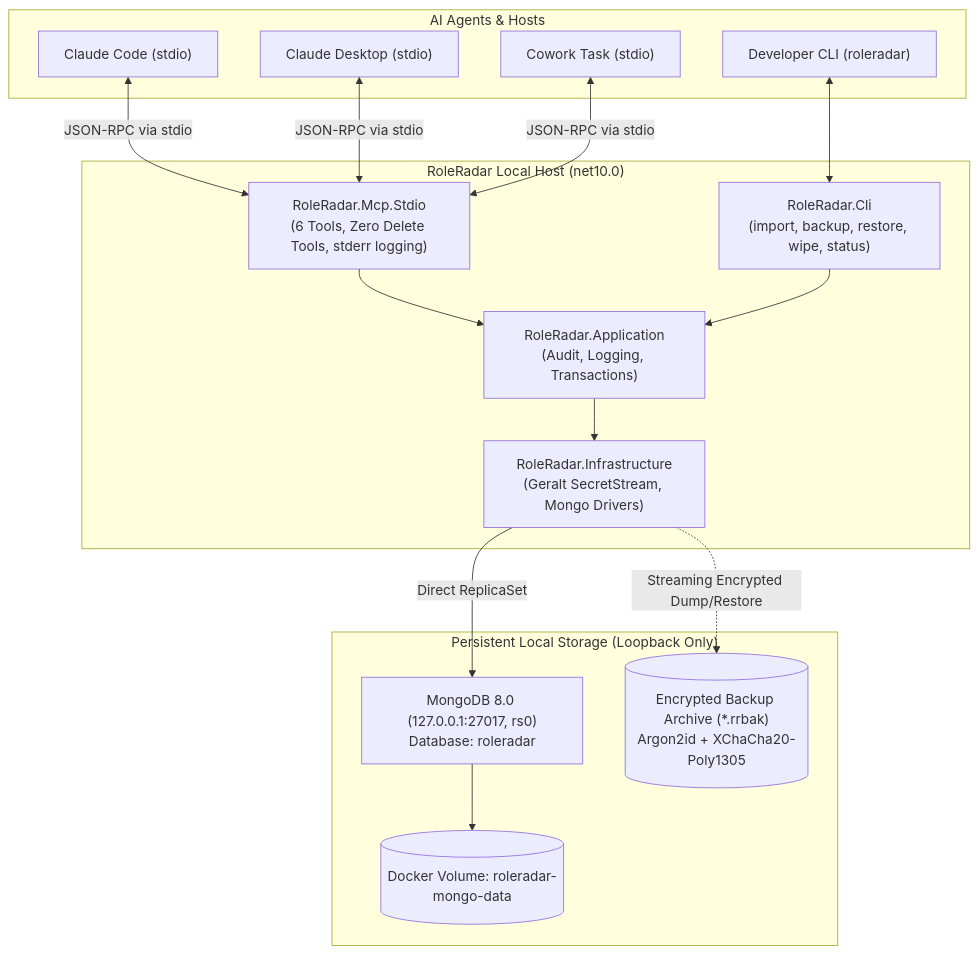
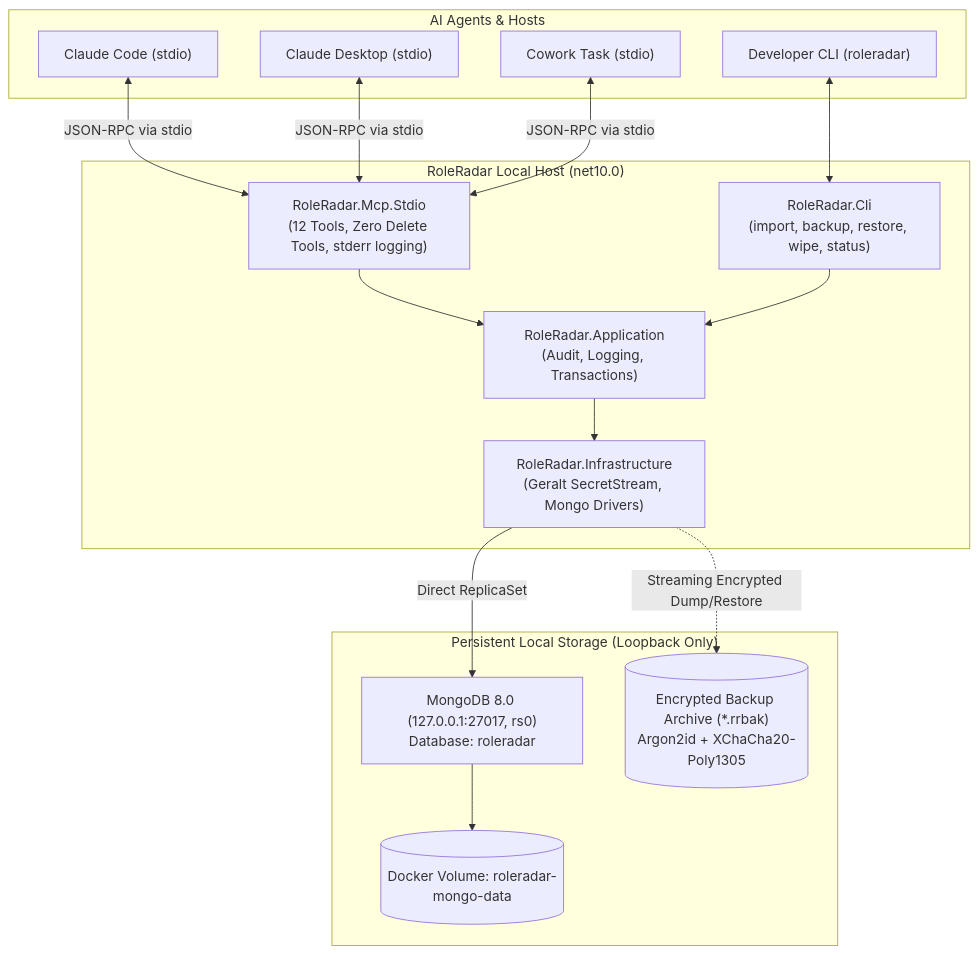
The diagram in README.md (mwalczyk81/roleradar), drawn with Mermaid before and after one commit. The commit also changed other lines of this file and 13 other files, not shown here.

````diff
--- a/README.md
+++ b/README.md
@@ -5,34 +5,34 @@
 ```mermaid
 flowchart TD
     subgraph Client["AI Agents & Hosts"]
         ClaudeCode["Claude Code (stdio)"]
         ClaudeDesktop["Claude Desktop (stdio)"]
         Cowork["Cowork Task (stdio)"]
         UserCLI["Developer CLI (roleradar)"]
     end
 
     subgraph HostApp["RoleRadar Local Host (net10.0)"]
-        McpServer["RoleRadar.Mcp.Stdio<br/>(6 Tools, Zero Delete Tools, stderr logging)"]
+        McpServer["RoleRadar.Mcp.Stdio<br/>(12 Tools, Zero Delete Tools, stderr logging)"]
         CliApp["RoleRadar.Cli<br/>(import, backup, restore, wipe, status)"]
         AppLayer["RoleRadar.Application<br/>(Audit, Logging, Transactions)"]
         InfraLayer["RoleRadar.Infrastructure<br/>(Geralt SecretStream, Mongo Drivers)"]
     end
 
     subgraph Storage["Persistent Local Storage (Loopback Only)"]
         Mongo["MongoDB 8.0 (127.0.0.1:27017, rs0)<br/>Database: roleradar"]
         MongoVolume[("Docker Volume: roleradar-mongo-data")]
         BackupFile[("Encrypted Backup Archive (*.rrbak)<br/>Argon2id + XChaCha20-Poly1305")]
     end
 
     ClaudeCode <-->|JSON-RPC via stdio| McpServer
     ClaudeDesktop <-->|JSON-RPC via stdio| McpServer
     Cowork <-->|JSON-RPC via stdio| McpServer
     UserCLI <--> CliApp
 
     McpServer --> AppLayer
     CliApp --> AppLayer
     AppLayer --> InfraLayer
     InfraLayer -->|Direct ReplicaSet| Mongo
     Mongo --> MongoVolume
     InfraLayer -.->|Streaming Encrypted Dump/Restore| BackupFile
 ```
````
